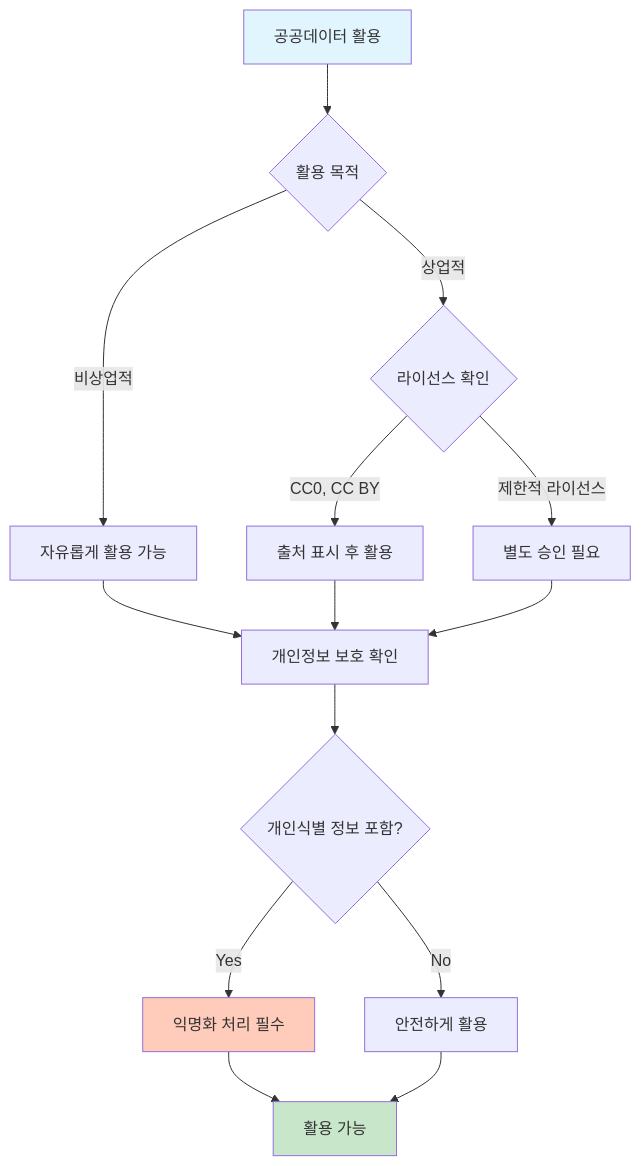
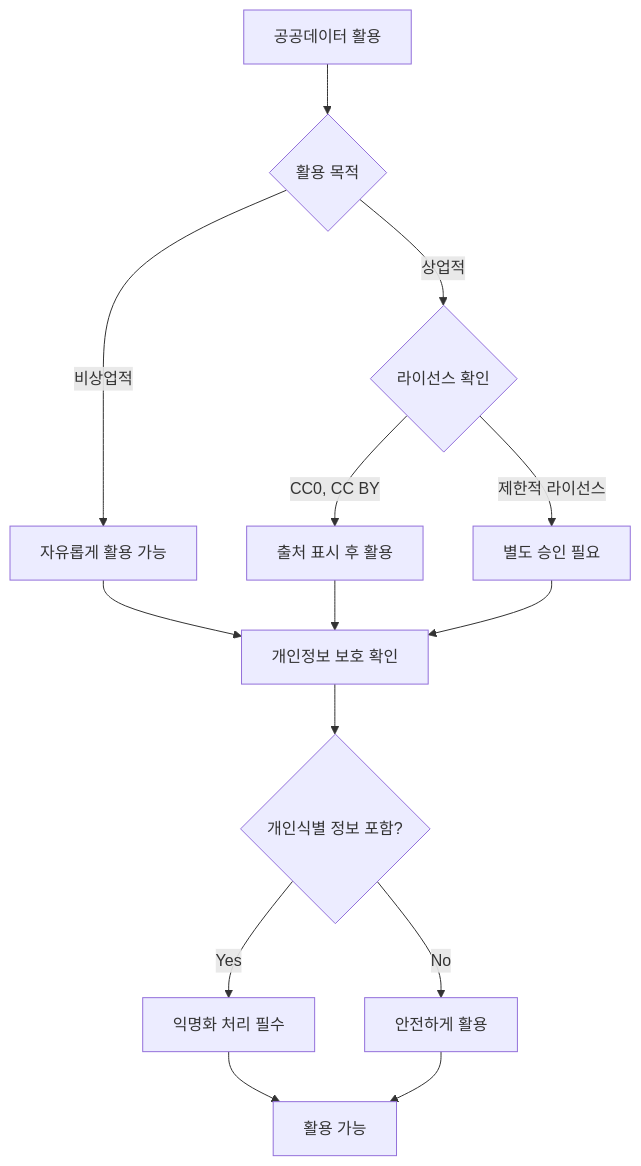
Before and after one commit to nugurejeil/weniVooks: the seventh of 7 diagrams in _md/genai-notion/chapter04/04-2.md, drawn with Mermaid. The commit also changed other lines of this file and 187 other files, not shown here.

````diff
--- a/_md/genai-notion/chapter04/04-2.md
+++ b/_md/genai-notion/chapter04/04-2.md
@@ -424,26 +417,22 @@
 ```mermaid
 graph TD
     A[공공데이터 활용] --> B{활용 목적}
 
     B -->|비상업적| C[자유롭게 활용 가능]
     B -->|상업적| D{라이선스 확인}
 
     D -->|CC0, CC BY| E[출처 표시 후 활용]
     D -->|제한적 라이선스| F[별도 승인 필요]
 
     C --> G[개인정보 보호 확인]
     E --> G
     F --> G
 
     G --> H{개인식별 정보 포함?}
 
     H -->|Yes| I[익명화 처리 필수]
     H -->|No| J[안전하게 활용]
 
-    I --> K[활용 가능]
+    I --> K["활용 가능"]
     J --> K
-
-    style A fill:#E1F5FE
-    style K fill:#C8E6C9
-    style I fill:#FFCCBC
 ```
````
